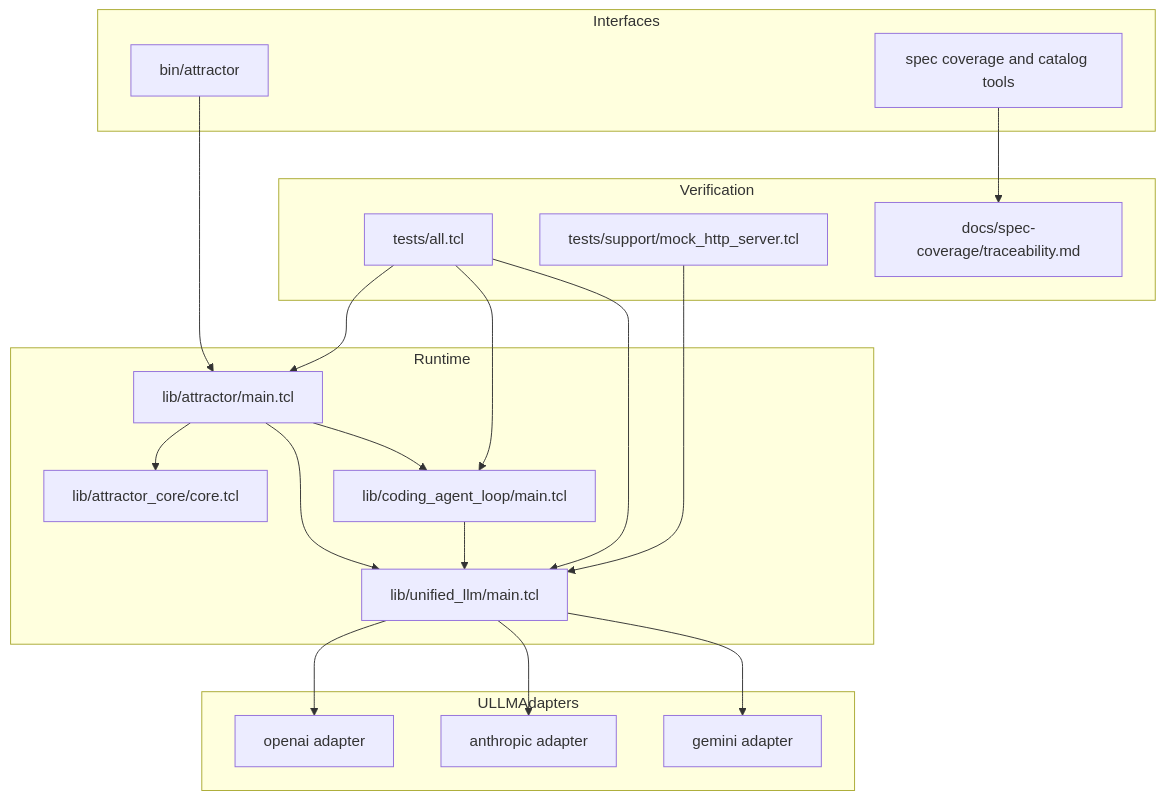
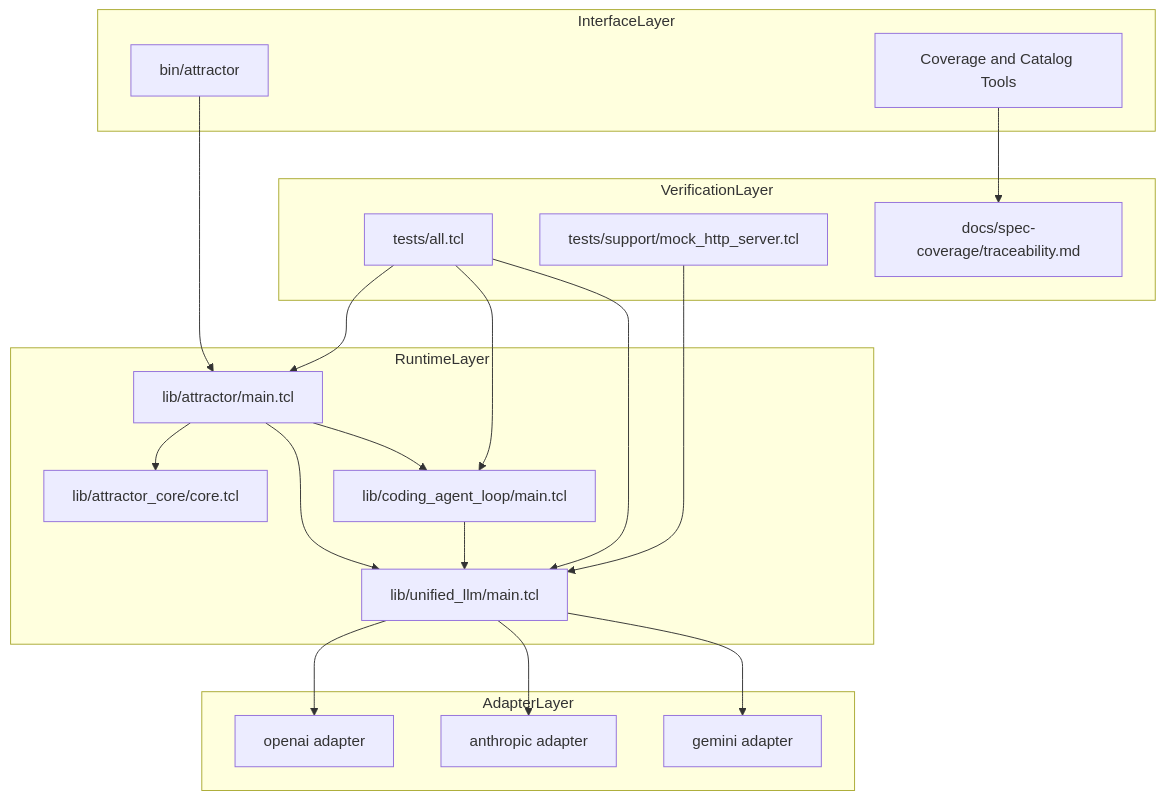
One commit to jaytaylor/attractor-tcl changed the fifth of 5 diagrams in docs/sprints/SPRINT-003-close-spec-parity-tcl.md. Above: the diagram before and after it, drawn with Mermaid. The commit also changed other lines of this file, not shown here.

````diff
--- a/docs/sprints/SPRINT-003-close-spec-parity-tcl.md
+++ b/docs/sprints/SPRINT-003-close-spec-parity-tcl.md
@@ -1469,40 +1042,40 @@
 ```mermaid
 flowchart TB
-  subgraph Interfaces
+  subgraph InterfaceLayer
     CLI[bin/attractor]
-    TOOLS[spec coverage and catalog tools]
+    TOOLS[Coverage and Catalog Tools]
   end
 
-  subgraph Runtime
+  subgraph RuntimeLayer
     ATR[lib/attractor/main.tcl]
     CORE[lib/attractor_core/core.tcl]
     CAL[lib/coding_agent_loop/main.tcl]
     ULLM[lib/unified_llm/main.tcl]
   end
 
-  subgraph ULLMAdapters
-    OA[openai adapter]
-    AN[anthropic adapter]
-    GM[gemini adapter]
+  subgraph AdapterLayer
+    OPENAI[openai adapter]
+    ANTHROPIC[anthropic adapter]
+    GEMINI[gemini adapter]
   end
 
-  subgraph Verification
-    TESTSUITE[tests/all.tcl]
+  subgraph VerificationLayer
+    TESTS[tests/all.tcl]
     MOCK[tests/support/mock_http_server.tcl]
     TRACEFILE[docs/spec-coverage/traceability.md]
   end
 
   CLI --> ATR
   ATR --> CORE
   ATR --> CAL
   ATR --> ULLM
   CAL --> ULLM
-  ULLM --> OA
-  ULLM --> AN
-  ULLM --> GM
-  TESTSUITE --> ATR
-  TESTSUITE --> CAL
-  TESTSUITE --> ULLM
+  ULLM --> OPENAI
+  ULLM --> ANTHROPIC
+  ULLM --> GEMINI
+  TESTS --> ATR
+  TESTS --> CAL
+  TESTS --> ULLM
   MOCK --> ULLM
   TOOLS --> TRACEFILE
 ```
````
